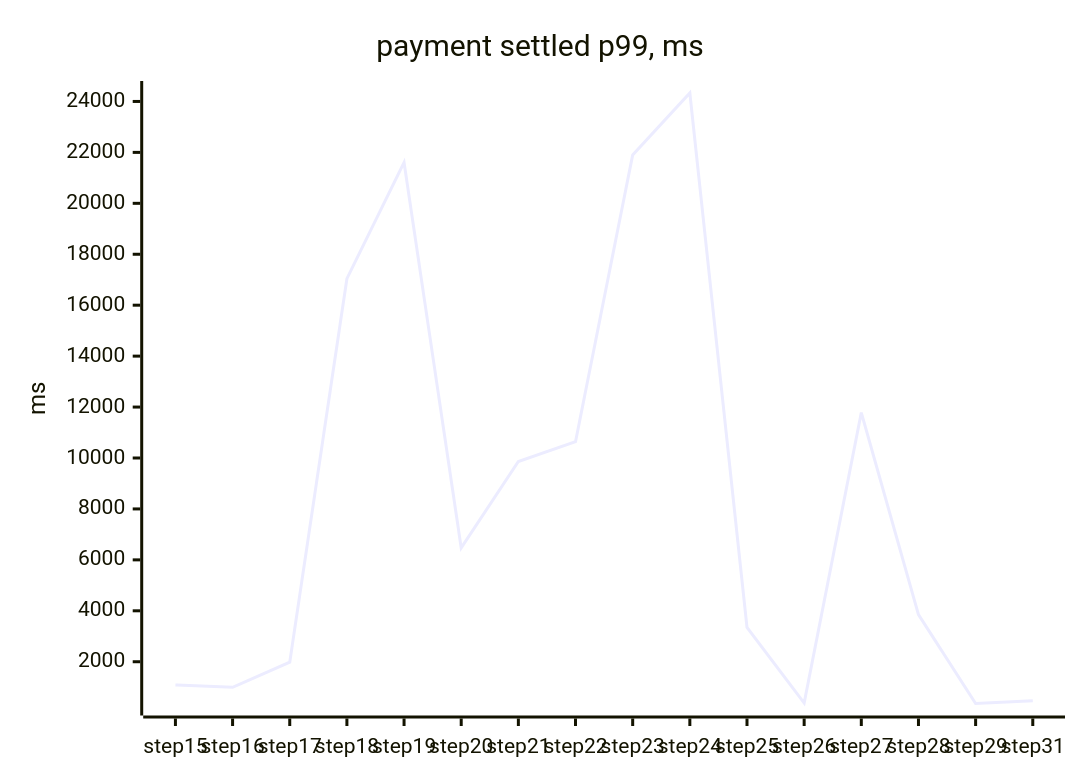
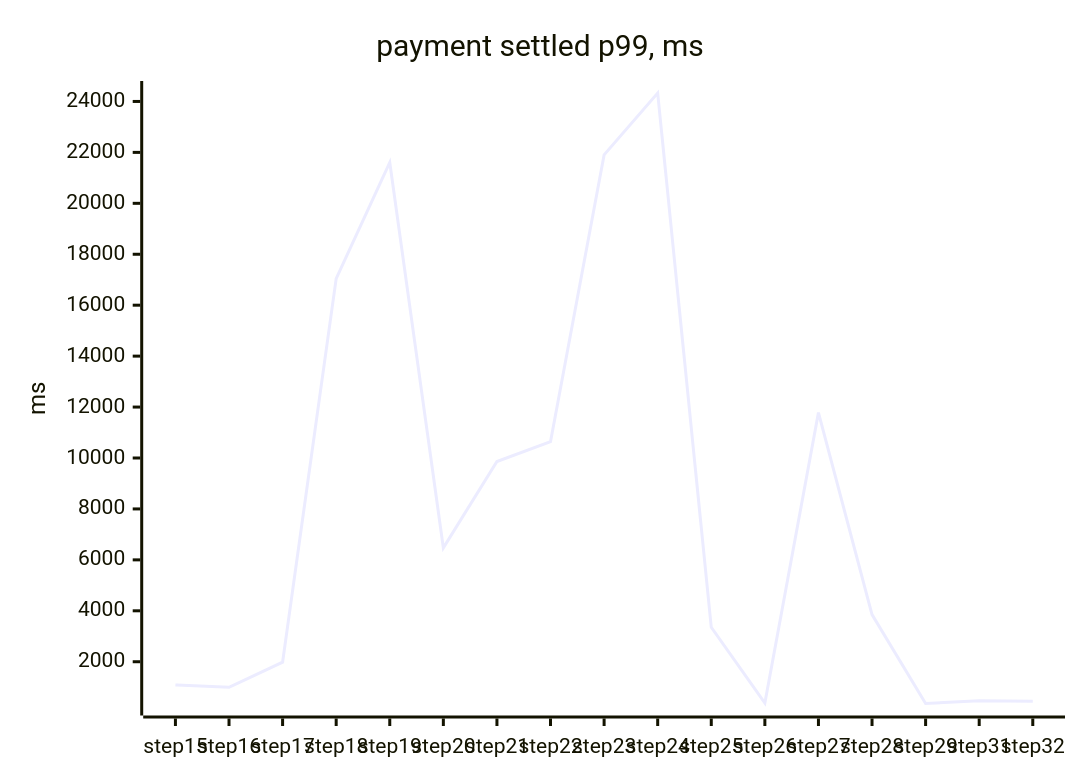
Before and after one commit to tanvoid0/ledgerflow: the fourth of 4 diagrams in docs/perf/README.md, drawn with Mermaid. The commit also changed other lines of this file and 5 other files, not shown here.

````diff
--- a/docs/perf/README.md
+++ b/docs/perf/README.md
@@ -128,7 +132,7 @@
 ```mermaid
 xychart-beta
     title "payment settled p99, ms"
-    x-axis ["step15", "step16", "step17", "step18", "step19", "step20", "step21", "step22", "step23", "step24", "step25", "step26", "step27", "step28", "step29", "step31"]
+    x-axis ["step15", "step16", "step17", "step18", "step19", "step20", "step21", "step22", "step23", "step24", "step25", "step26", "step27", "step28", "step29", "step31", "step32"]
     y-axis "ms"
-    line [1088, 996, 1982, 17042, 21606, 6472, 9862, 10643, 21902, 24332, 3351, 378, 11782, 3852, 360, 472]
+    line [1088, 996, 1982, 17042, 21606, 6472, 9862, 10643, 21902, 24332, 3351, 378, 11782, 3852, 360, 472, 449]
 ```
````
